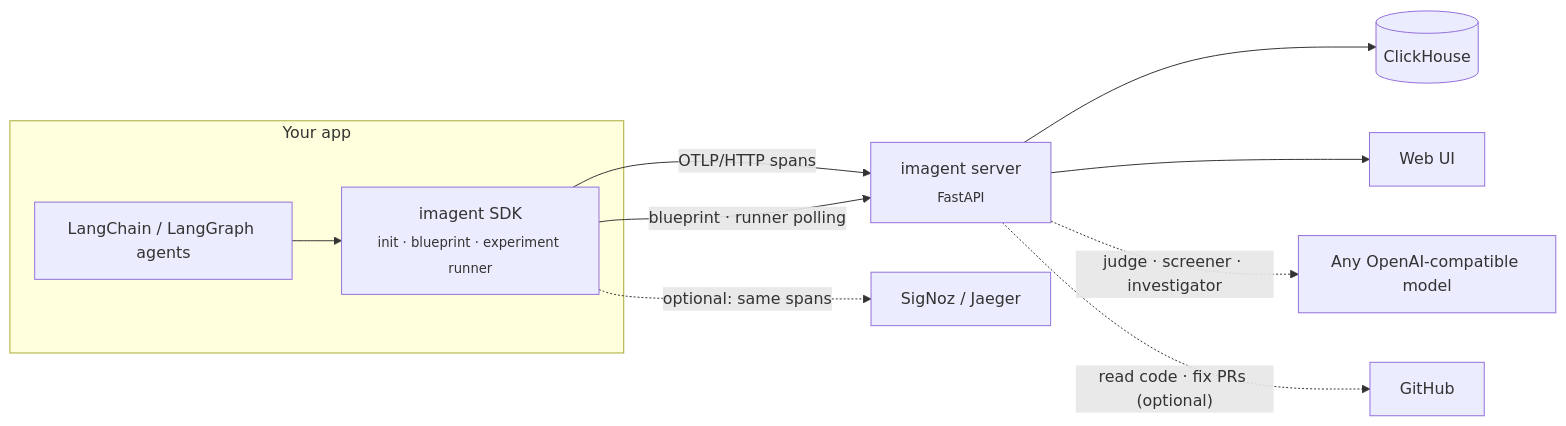
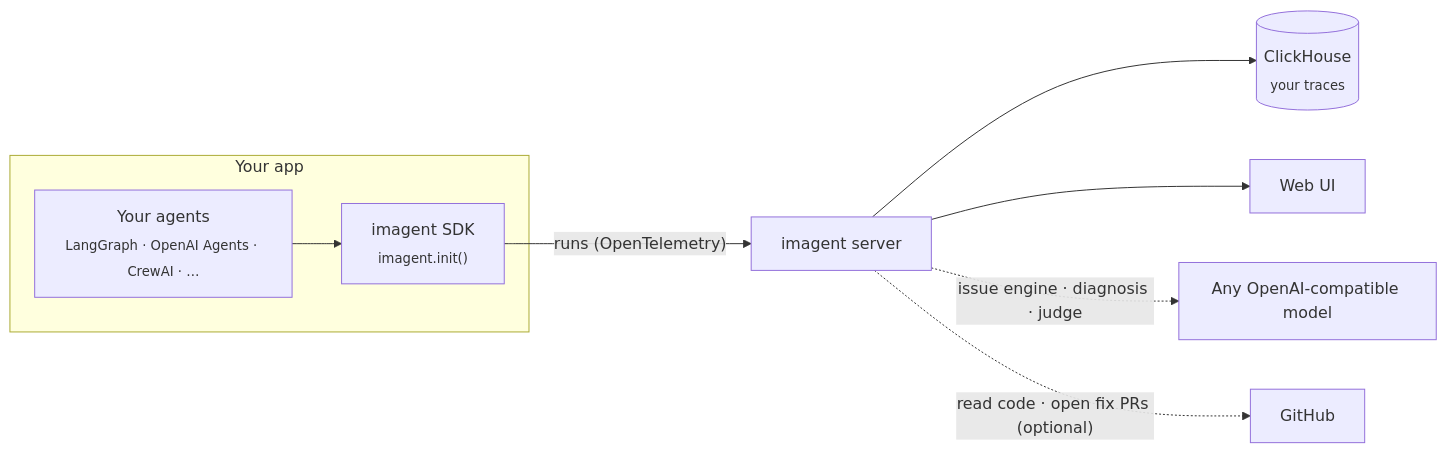
Before and after one commit to Mathankarthik18/imagent: the diagram in README.md, drawn with Mermaid. The commit also changed other lines of this file and 22 other files, not shown here.

````diff
--- a/README.md
+++ b/README.md
@@ -260,13 +257,11 @@
 ```mermaid
 flowchart LR
   subgraph app["Your app"]
-    A["LangChain / LangGraph agents"] --> S["imagent SDK<br/><sub>init · blueprint · experiment runner</sub>"]
+    A["Your agents<br/><sub>LangGraph · OpenAI Agents · CrewAI · …</sub>"] --> S["imagent SDK<br/><sub>imagent.init()</sub>"]
   end
-  S -- "OTLP/HTTP spans" --> I["imagent server<br/><sub>FastAPI</sub>"]
-  S -- "blueprint · runner polling" --> I
-  I --> C[("ClickHouse")]
+  S -- "runs (OpenTelemetry)" --> I["imagent server"]
+  I --> C[("ClickHouse<br/><sub>your traces</sub>")]
   I --> U["Web UI"]
-  I -. "judge · screener · investigator" .-> J["Any OpenAI-compatible model"]
-  I -. "read code · fix PRs (optional)" .-> G["GitHub"]
-  S -. "optional: same spans" .-> O["SigNoz / Jaeger"]
+  I -. "issue engine · diagnosis · judge" .-> J["Any OpenAI-compatible model"]
+  I -. "read code · open fix PRs (optional)" .-> G["GitHub"]
 ```
````
